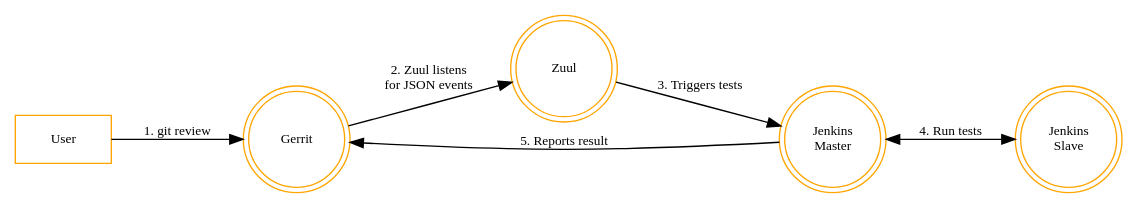
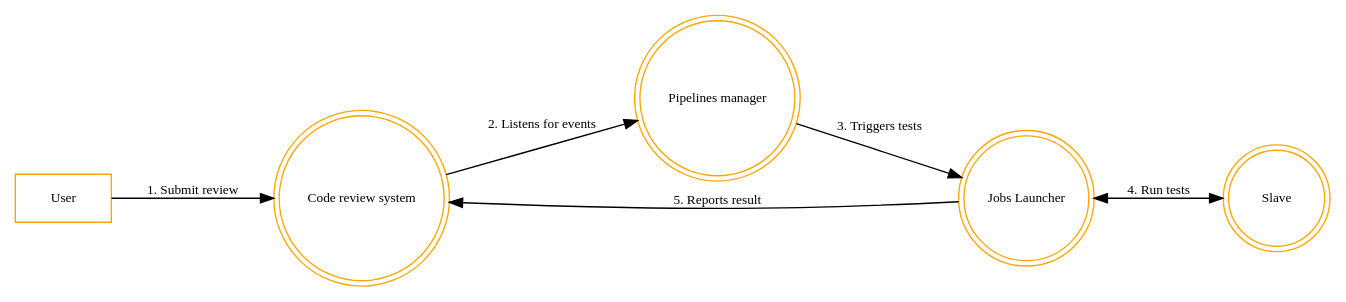
The diagram in docs/user/test_workflow.dot (softwarefactory-project/sf-docs), drawn with Graphviz before and after one commit. The commit also changed 3 other files, not shown here.

```diff
--- a/docs/user/test_workflow.dot
+++ b/docs/user/test_workflow.dot
@@ -1,17 +1,17 @@
 digraph {
     node [shape=doublecircle,fontsize=10,width=1.0,color=orange];
     edge [fontsize=10];
     rankdir=LR;
 
-    "Gerrit";
-    "Zuul";
-    "master" [label="Jenkins\nMaster"];
-    "slave" [label="Jenkins\nSlave"];
+    "Code review system";
+    "Pipelines manager";
+    "Jobs Launcher";
+    "Slave";
     "User" [shape="box"];
 
-    "User" -> "Gerrit" [label="1. git review"];
-    "Gerrit" -> "Zuul" [label="2. Zuul listens\nfor JSON events"];
-    "Zuul" -> "master" [label="3. Triggers tests"];
-    "master" -> "Gerrit" [label="5. Reports result"];
-    "master" -> "slave" [label="4. Run tests" dir=both];
+    "User" -> "Code review system" [label="1. Submit review"];
+    "Code review system" -> "Pipelines manager" [label="2. Listens for events"];
+    "Pipelines manager" -> "Jobs Launcher" [label="3. Triggers tests"];
+    "Jobs Launcher" -> "Code review system" [label="5. Reports result"];
+    "Jobs Launcher" -> "Slave" [label="4. Run tests" dir=both];
 }
```
